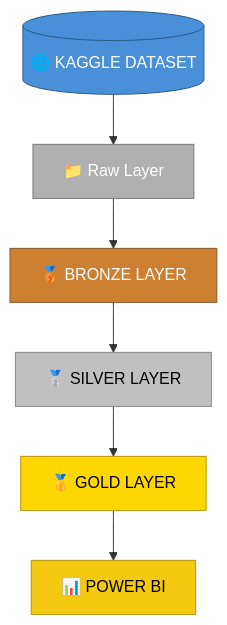
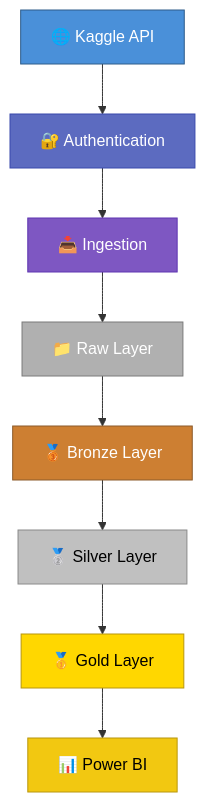
One commit to femoli/credit-score-data-platform changed the diagram in README.md. Above: the diagram before and after it, drawn with Mermaid. The commit also changed other lines of this file and 3 other files, not shown here.

````diff
--- a/README.md
+++ b/README.md
@@ -68,15 +89,29 @@
 ```mermaid
 flowchart TD
-    A[("🌐 KAGGLE DATASET")] --> B["📁 Raw Layer"]
-    B --> C["🥉 BRONZE LAYER"]
-    C --> D["🥈 SILVER LAYER"]
-    D --> E["🥇 GOLD LAYER"]
-    E --> F["📊 POWER BI"]
+
+    A[🌐 Kaggle API]
+    B[🔐 Authentication]
+    C[📥 Ingestion]
+    D[📁 Raw Layer]
+    E[🥉 Bronze Layer]
+    F[🥈 Silver Layer]
+    G[🥇 Gold Layer]
+    H[📊 Power BI]
+
+    A --> B
+    B --> C
+    C --> D
+    D --> E
+    E --> F
+    F --> G
+    G --> H
 
     style A fill:#4A90D9,stroke:#2E5C8A,color:#fff
-    style B fill:#B0B0B0,stroke:#7A7A7A,color:#fff
-    style C fill:#CD7F32,stroke:#8B5A2B,color:#fff
-    style D fill:#C0C0C0,stroke:#8A8A8A,color:#000
-    style E fill:#FFD700,stroke:#B8960C,color:#000
-    style F fill:#F2C811,stroke:#B8960C,color:#000
+    style B fill:#5C6BC0,stroke:#3949AB,color:#fff
+    style C fill:#7E57C2,stroke:#5E35B1,color:#fff
+    style D fill:#B0B0B0,stroke:#7A7A7A,color:#fff
+    style E fill:#CD7F32,stroke:#8B5A2B,color:#fff
+    style F fill:#C0C0C0,stroke:#8A8A8A,color:#000
+    style G fill:#FFD700,stroke:#B8960C,color:#000
+    style H fill:#F2C811,stroke:#B8960C,color:#000
 ```
````
